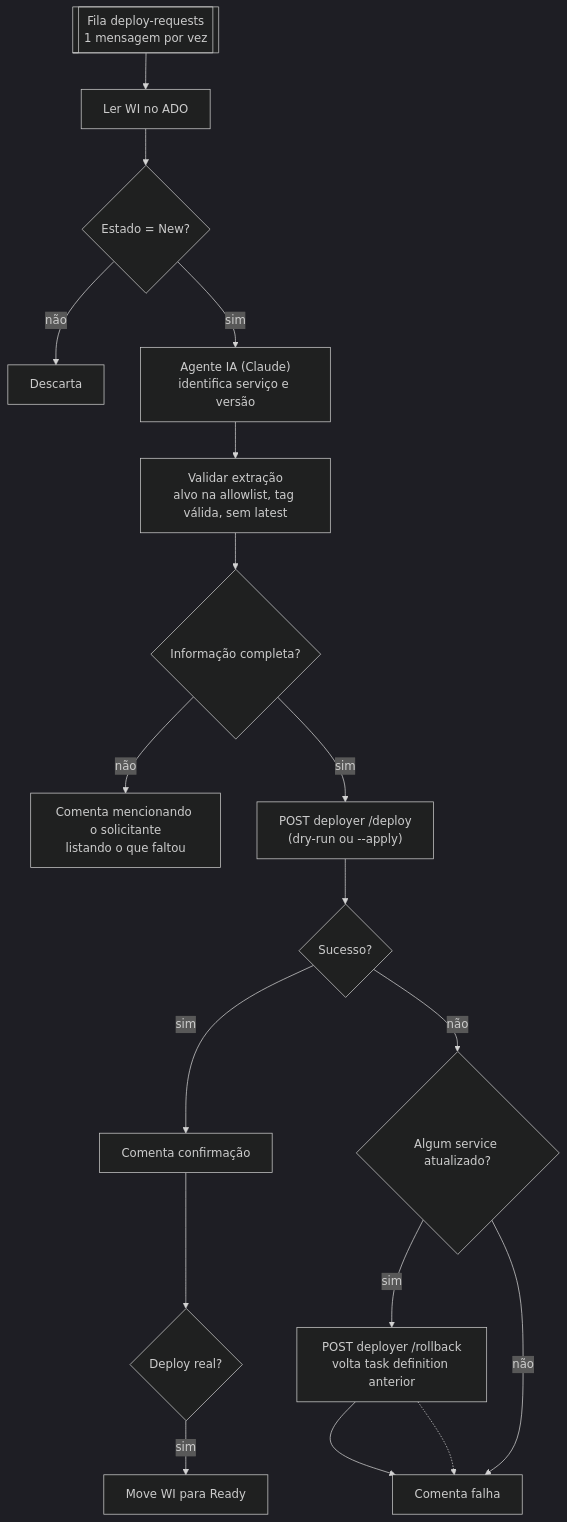
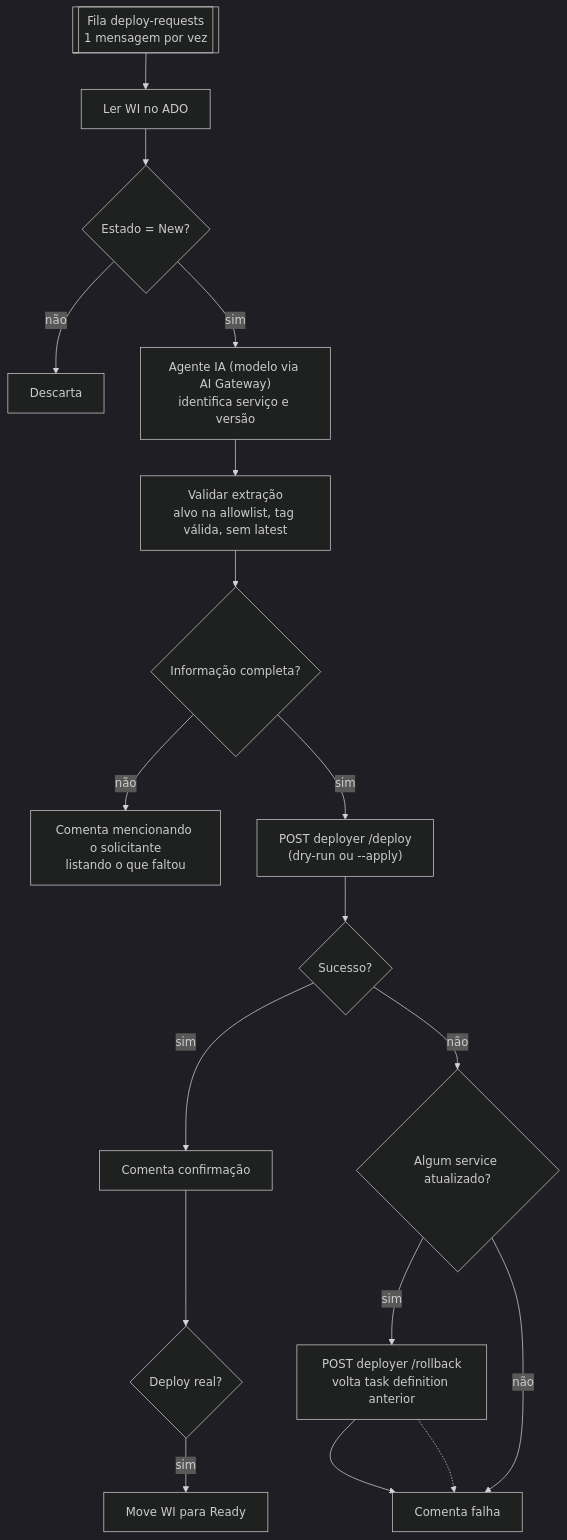
One commit to diovanibmotta/n8n-deploy-sre changed the third of 3 diagrams in README.md. Above: the diagram before and after it, drawn with Mermaid (dark theme). The commit also changed other lines of this file and 5 other files, not shown here.

First line of the commit message:
feat: usa AI Gateway (API OpenAI-compativel) como modelo do agente

````diff
--- a/README.md
+++ b/README.md
@@ -42,18 +42,18 @@
 ```mermaid
 flowchart TD
   Q[[Fila deploy-requests<br/>1 mensagem por vez]] --> L[Ler WI no ADO]
   L --> S{Estado = New?}
   S -- não --> X[Descarta]
-  S -- sim --> AG["Agente IA (Claude)<br/>identifica serviço e versão"]
+  S -- sim --> AG["Agente IA (modelo via AI Gateway)<br/>identifica serviço e versão"]
   AG --> V["Validar extração<br/>alvo na allowlist, tag válida, sem latest"]
   V --> C{Informação completa?}
   C -- não --> M["Comenta mencionando o solicitante<br/>listando o que faltou"]
   C -- sim --> D["POST deployer /deploy<br/>(dry-run ou --apply)"]
   D --> K{Sucesso?}
   K -- sim --> OK["Comenta confirmação"] --> MV{Deploy real?}
   MV -- sim --> RD[Move WI para Ready]
   K -- não --> AP{Algum service atualizado?}
   AP -- sim --> RB["POST deployer /rollback<br/>volta task definition anterior"] --> F
   AP -- não --> F[Comenta falha]
   RB -.-> F
 ```
````
